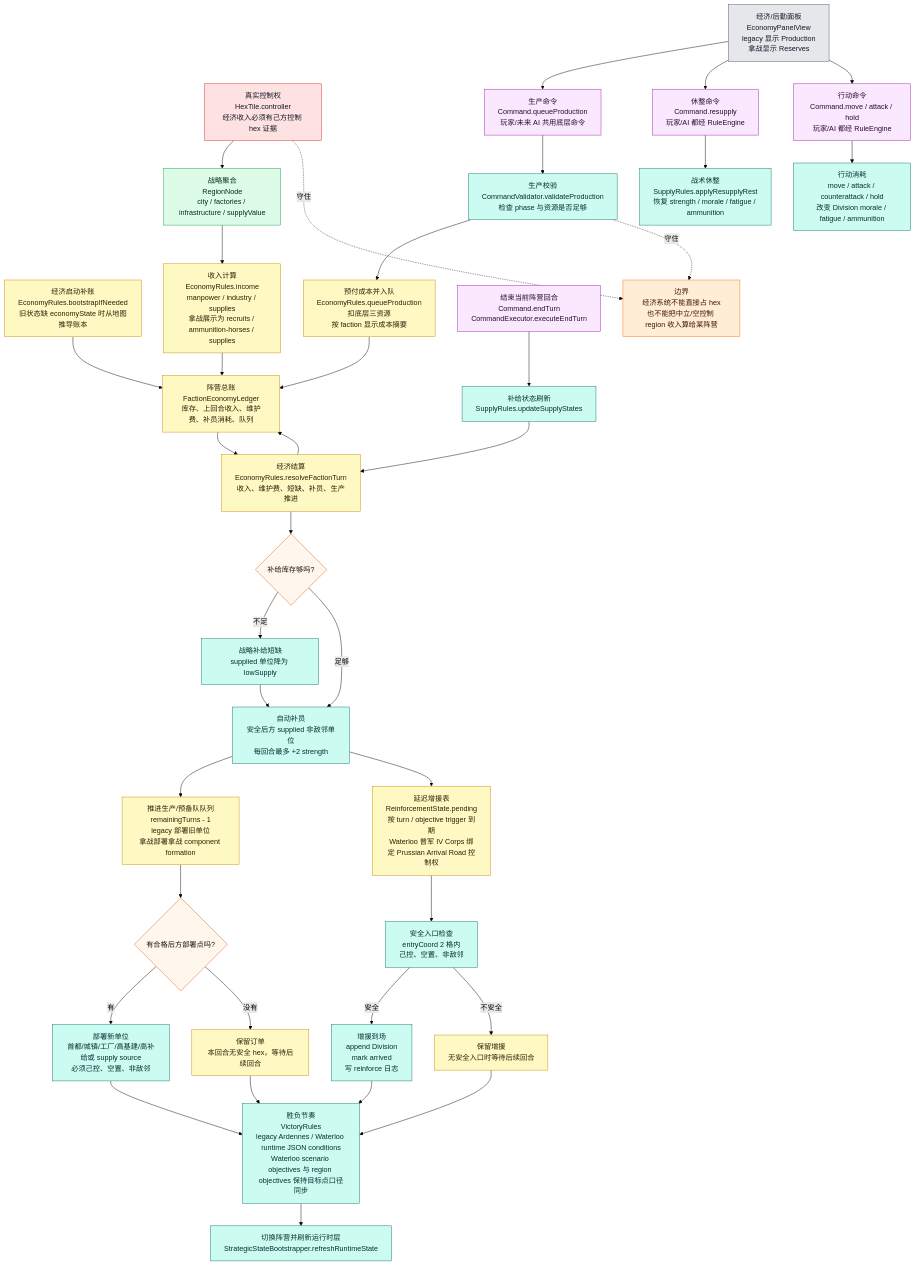
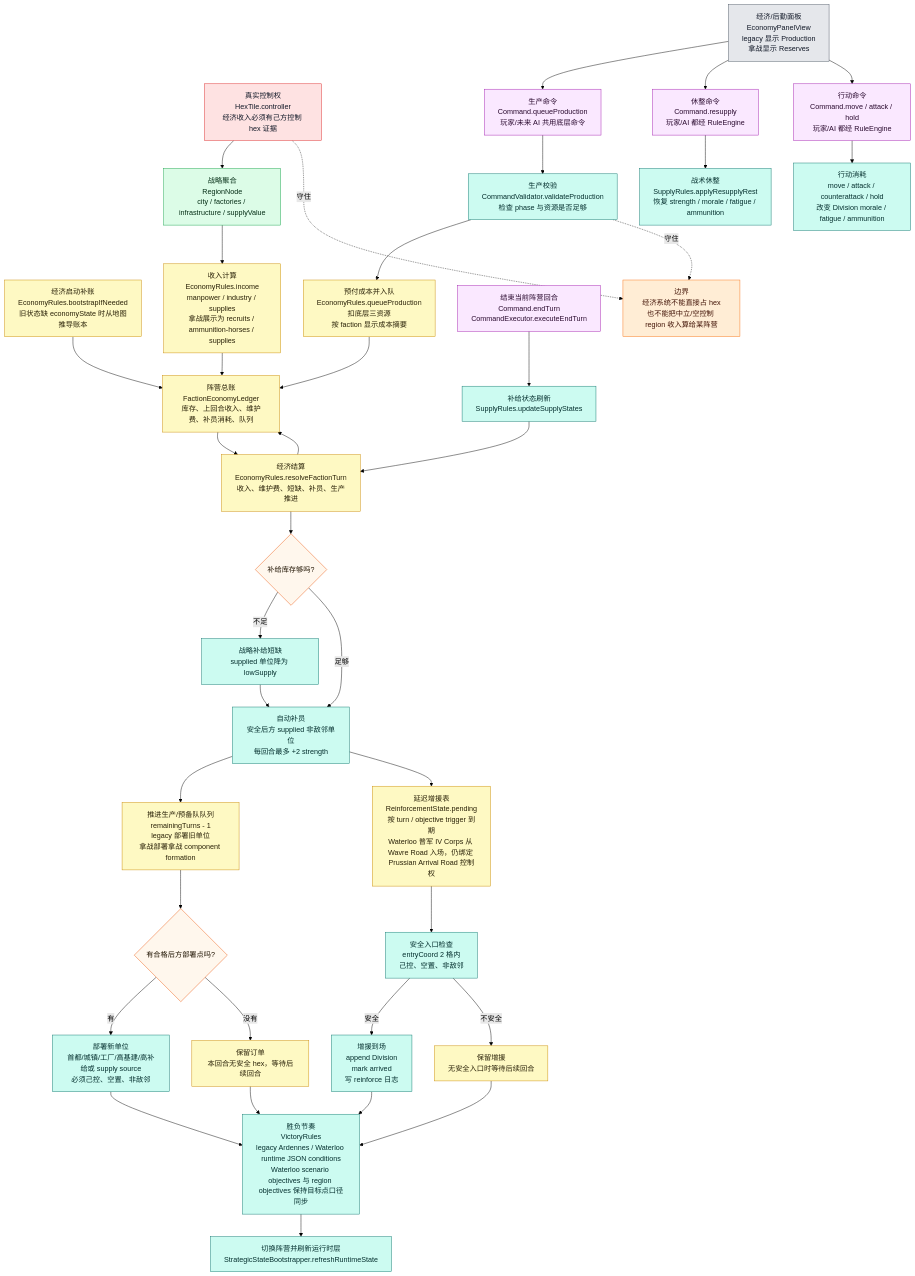
One commit to Altman-sam114/122 changed the fourth of 9 diagrams in md/flow/flowchart.md. Above: the diagram before and after it, drawn with Mermaid (forest theme). The commit also changed other lines of this file and 8 other files, not shown here.

Commit message:
feat: add wavre prussian entry

````diff
--- a/md/flow/flowchart.md
+++ b/md/flow/flowchart.md
@@ -219,65 +219,65 @@
 ```mermaid
 flowchart TD
     BOOT["经济启动补账<br/>EconomyRules.bootstrapIfNeeded<br/>旧状态缺 economyState 时从地图推导账本"]:::economy
     HEX["真实控制权<br/>HexTile.controller<br/>经济收入必须有己方控制 hex 证据"]:::authority
     REGION["战略聚合<br/>RegionNode<br/>city / factories / infrastructure / supplyValue"]:::derived
     INCOME["收入计算<br/>EconomyRules.income<br/>manpower / industry / supplies<br/>拿战展示为 recruits / ammunition-horses / supplies"]:::economy
     LEDGER["阵营总账<br/>FactionEconomyLedger<br/>库存、上回合收入、维护费、补员消耗、队列"]:::economy
 
     UI["经济/后勤面板<br/>EconomyPanelView<br/>legacy 显示 Production<br/>拿战显示 Reserves"]:::ui
     QUEUE["生产命令<br/>Command.queueProduction<br/>玩家/未来 AI 共用底层命令"]:::command
     VALIDATE["生产校验<br/>CommandValidator.validateProduction<br/>检查 phase 与资源是否足够"]:::rules
     PAY["预付成本并入队<br/>EconomyRules.queueProduction<br/>扣底层三资源<br/>按 faction 显示成本摘要"]:::economy
     RESTCMD["休整命令<br/>Command.resupply<br/>玩家/AI 都经 RuleEngine"]:::command
     ACTION["行动命令<br/>Command.move / attack / hold<br/>玩家/AI 都经 RuleEngine"]:::command
 
     END["结束当前阵营回合<br/>Command.endTurn<br/>CommandExecutor.executeEndTurn"]:::command
     SUPPLY["补给状态刷新<br/>SupplyRules.updateSupplyStates"]:::rules
     RESOLVE["经济结算<br/>EconomyRules.resolveFactionTurn<br/>收入、维护费、短缺、补员、生产推进"]:::economy
     SHORT{"补给库存够吗?"}:::decision
     LOW["战略补给短缺<br/>supplied 单位降为 lowSupply"]:::rules
     REINF["自动补员<br/>安全后方 supplied 非敌邻单位<br/>每回合最多 +2 strength"]:::rules
     PROD["推进生产/预备队队列<br/>remainingTurns - 1<br/>legacy 部署旧单位<br/>拿战部署拿战 component formation"]:::economy
-    SCHED["延迟增援表<br/>ReinforcementState.pending<br/>按 turn / objective trigger 到期<br/>Waterloo 普军 IV Corps 绑定 Prussian Arrival Road 控制权"]:::economy
+    SCHED["延迟增援表<br/>ReinforcementState.pending<br/>按 turn / objective trigger 到期<br/>Waterloo 普军 IV Corps 从 Wavre Road 入场，仍绑定 Prussian Arrival Road 控制权"]:::economy
     ENTRY["安全入口检查<br/>entryCoord 2 格内<br/>己控、空置、非敌邻"]:::rules
     DEPLOY{"有合格后方部署点吗?"}:::decision
     SPAWN["部署新单位<br/>首都/城镇/工厂/高基建/高补给或 supply source<br/>必须己控、空置、非敌邻"]:::rules
     RSPAWN["增援到场<br/>append Division<br/>mark arrived<br/>写 reinforce 日志"]:::rules
     WAIT["保留订单<br/>本回合无安全 hex，等待后续回合"]:::economy
     RWAIT["保留增援<br/>无安全入口时等待后续回合"]:::economy
     REST["战术休整<br/>SupplyRules.applyResupplyRest<br/>恢复 strength / morale / fatigue / ammunition"]:::rules
     WEAR["行动消耗<br/>move / attack / counterattack / hold<br/>改变 Division morale / fatigue / ammunition"]:::rules
     VICTORY["胜负节奏<br/>VictoryRules<br/>legacy Ardennes / Waterloo runtime JSON conditions<br/>Waterloo scenario objectives 与 region objectives 保持目标点口径同步"]:::rules
     NEXT["切换阵营并刷新运行时层<br/>StrategicStateBootstrapper.refreshRuntimeState"]:::rules
 
     BOOT --> LEDGER
     HEX --> REGION --> INCOME --> LEDGER
     UI --> QUEUE --> VALIDATE --> PAY --> LEDGER
     UI --> RESTCMD --> REST
     UI --> ACTION --> WEAR
     END --> SUPPLY --> RESOLVE
     LEDGER --> RESOLVE
     RESOLVE --> SHORT
     SHORT -->|不足| LOW --> REINF
     SHORT -->|足够| REINF
     REINF --> PROD --> DEPLOY
     DEPLOY -->|有| SPAWN --> VICTORY
     DEPLOY -->|没有| WAIT --> VICTORY
     REINF --> SCHED --> ENTRY
     ENTRY -->|安全| RSPAWN --> VICTORY --> NEXT
     ENTRY -->|不安全| RWAIT --> VICTORY
     RESOLVE --> LEDGER
 
     WARN["边界<br/>经济系统不能直接占 hex<br/>也不能把中立/空控制 region 收入算给某阵营"]:::warn
     HEX -.守住.-> WARN
     VALIDATE -.守住.-> WARN
 
     classDef authority fill:#fee2e2,stroke:#dc2626,color:#111827
     classDef derived fill:#dcfce7,stroke:#16a34a,color:#052e16
     classDef economy fill:#fef9c3,stroke:#ca8a04,color:#292107
     classDef command fill:#fae8ff,stroke:#a21caf,color:#2a0a2f
     classDef rules fill:#ccfbf1,stroke:#0f766e,color:#042f2e
     classDef decision fill:#fff7ed,stroke:#ea580c,color:#1f1300
     classDef ui fill:#e5e7eb,stroke:#4b5563,color:#111827
     classDef warn fill:#ffedd5,stroke:#f97316,color:#431407
 ```
````
